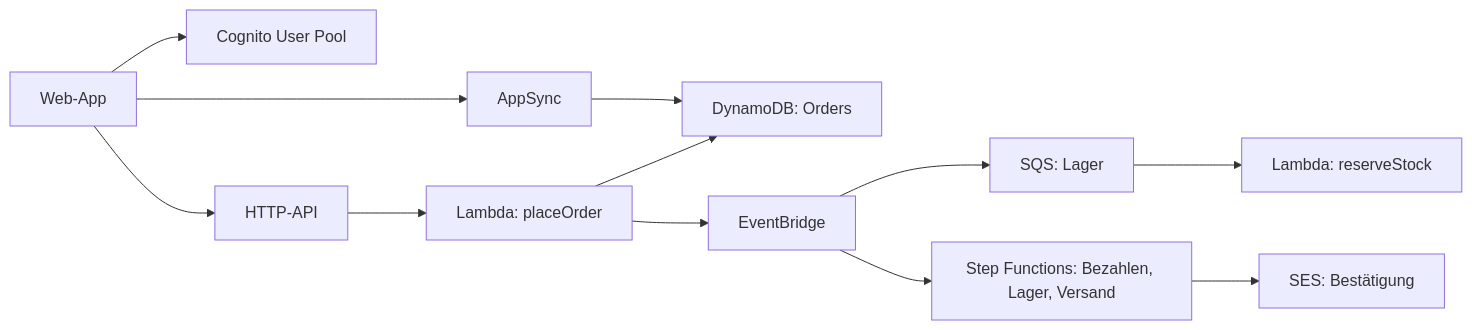
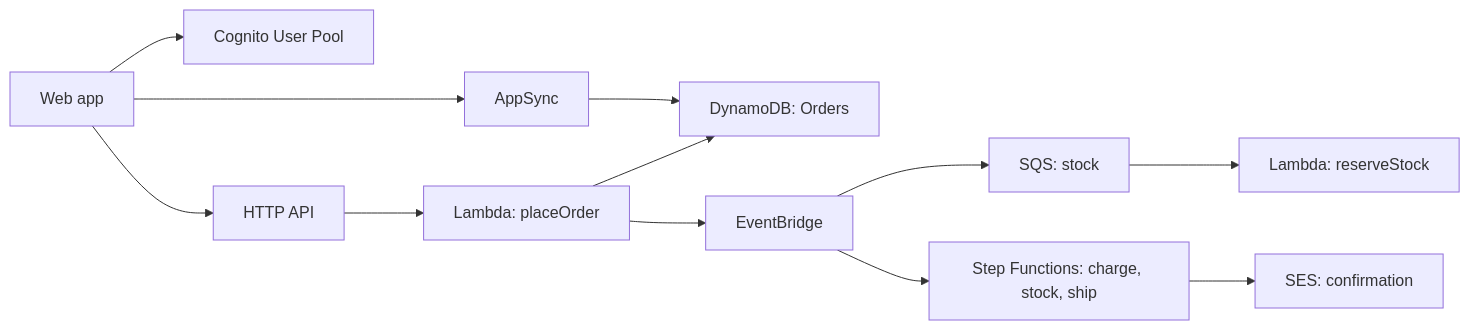
One commit to MikeBild/introduction-aws changed the diagram in exercises/01-aws-serverless-mindset/solution/ARCHITEKTUR.md. Above: the diagram before and after it, drawn with Mermaid. The commit also changed other lines of this file and 617 other files, not shown here.

````diff
--- a/exercises/01-aws-serverless-mindset/solution/ARCHITEKTUR.md
+++ b/exercises/01-aws-serverless-mindset/solution/ARCHITEKTUR.md
@@ -23,13 +25,13 @@
 ```mermaid
 flowchart LR
-  client["Web-App"] --> auth["Cognito User Pool"]
-  client --> api["HTTP-API"]
+  client["Web app"] --> auth["Cognito User Pool"]
+  client --> api["HTTP API"]
   client --> gql["AppSync"]
   api --> fn["Lambda: placeOrder"]
   gql --> db
   fn --> db["DynamoDB: Orders"]
   fn --> eb["EventBridge"]
-  eb --> q["SQS: Lager"] --> stock["Lambda: reserveStock"]
-  eb --> sfn["Step Functions: Bezahlen, Lager, Versand"]
-  sfn --> ses["SES: Bestätigung"]
+  eb --> q["SQS: stock"] --> stock["Lambda: reserveStock"]
+  eb --> sfn["Step Functions: charge, stock, ship"]
+  sfn --> ses["SES: confirmation"]
 ```
````
